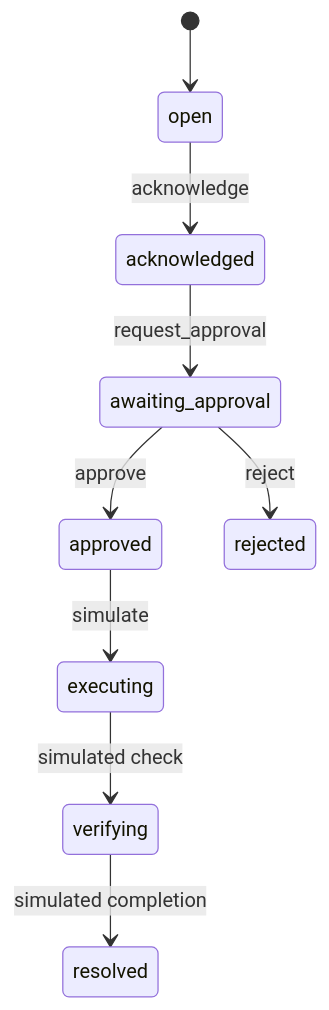
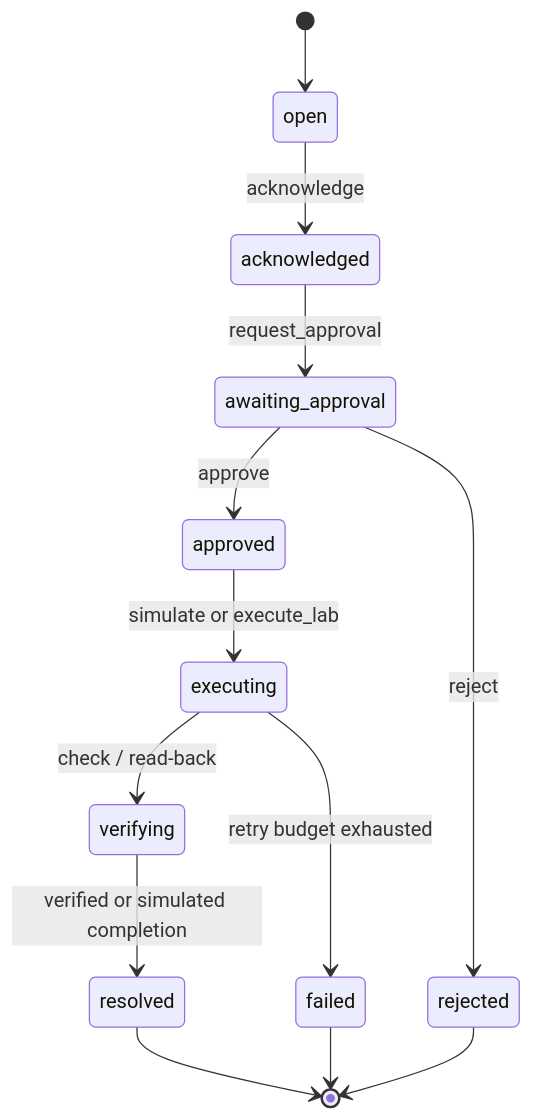
One commit to ABHILASH9519/Project-Aether-Autonomous-Infrastructure-Orchestrator changed the fourth of 20 diagrams in README.md. Above: the diagram before and after it, drawn with Mermaid. The commit also changed other lines of this file and 1 other file, not shown here.

Commit message:
docs(ci): add detailed flow diagrams and tolerate transient CRD initialization in GitOps

````diff
--- a/README.md
+++ b/README.md
@@ -169,11 +169,15 @@
 ```mermaid
 stateDiagram-v2
  [*] --> open
  open --> acknowledged: acknowledge
  acknowledged --> awaiting_approval: request_approval
  awaiting_approval --> approved: approve
  awaiting_approval --> rejected: reject
- approved --> executing: simulate
- executing --> verifying: simulated check
- verifying --> resolved: simulated completion
+ approved --> executing: simulate or execute_lab
+ executing --> verifying: check / read-back
+ executing --> failed: retry budget exhausted
+ verifying --> resolved: verified or simulated completion
+ resolved --> [*]
+ failed --> [*]
+ rejected --> [*]
 ```
````
